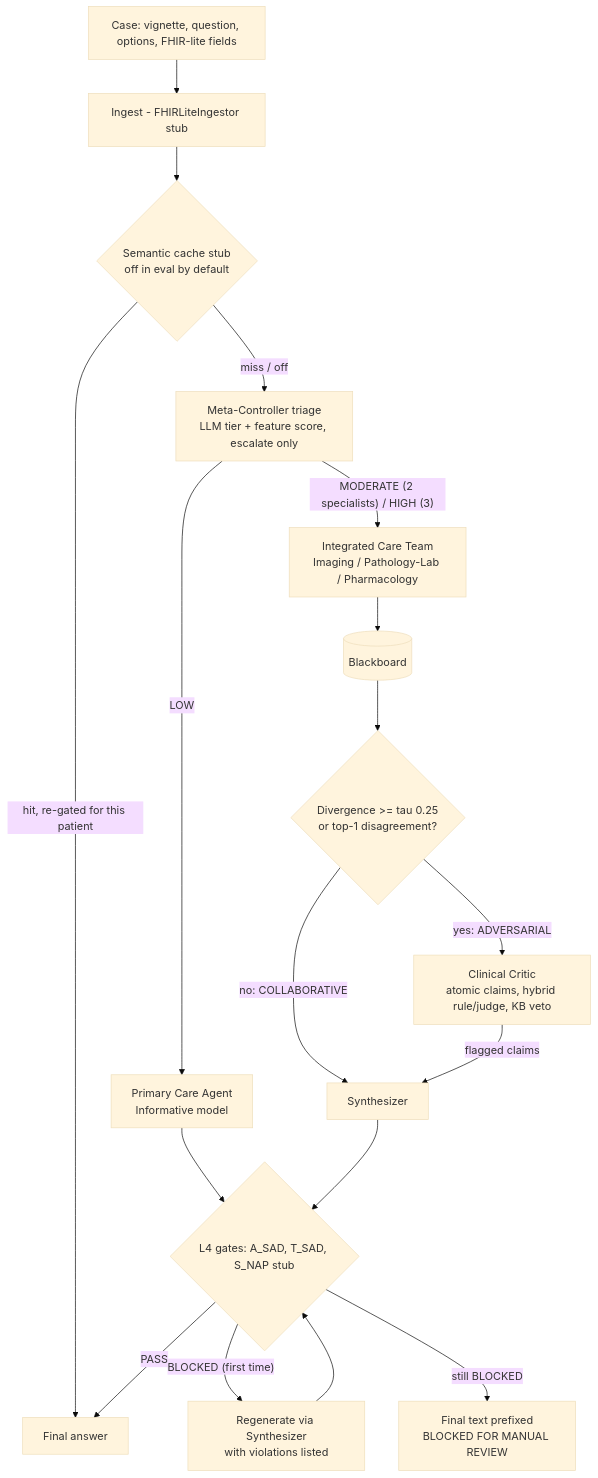
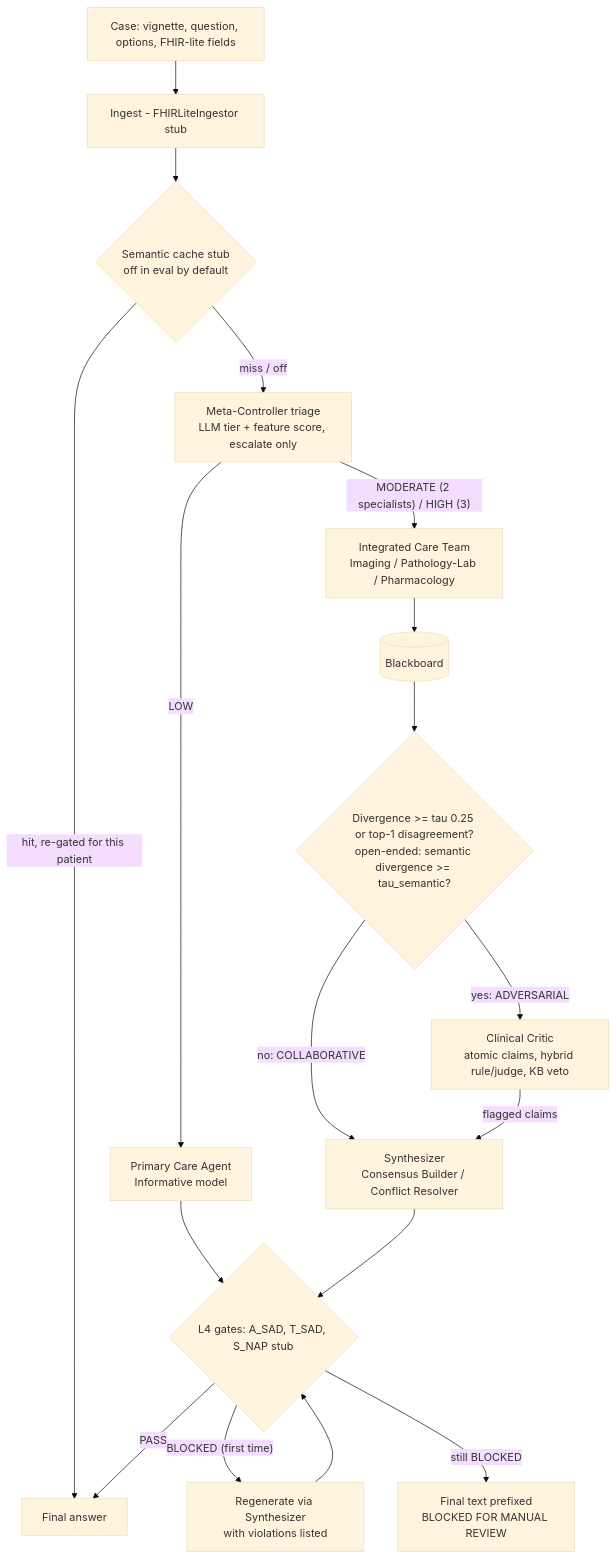
Before and after one commit to LaansDole/multi-agent-simulation: the diagram in docs/dynaclinic/README.md, drawn with Mermaid (base theme). The commit also changed other lines of this file and 2 other files, not shown here.

Commit message:
docs(dynaclinic): open-ended scenarios and semantic divergence

````diff
--- a/docs/dynaclinic/README.md
+++ b/docs/dynaclinic/README.md
@@ -37,20 +37,20 @@
 ```mermaid
 flowchart TD
     IN[Case: vignette, question, options, FHIR-lite fields] --> ING[Ingest - FHIRLiteIngestor stub]
     ING --> CACHE{Semantic cache stub<br/>off in eval by default}
     CACHE -- hit, re-gated for this patient --> OUT[Final answer]
     CACHE -- miss / off --> TRI[Meta-Controller triage<br/>LLM tier + feature score, escalate only]
     TRI -- LOW --> PCA[Primary Care Agent<br/>Informative model]
     TRI -- "MODERATE (2 specialists) / HIGH (3)" --> TEAM[Integrated Care Team<br/>Imaging / Pathology-Lab / Pharmacology]
     TEAM --> BB[(Blackboard)]
-    BB --> DIV{Divergence >= tau 0.25<br/>or top-1 disagreement?}
-    DIV -- no: COLLABORATIVE --> SYN[Synthesizer]
+    BB --> DIV{"Divergence >= tau 0.25 or top-1 disagreement?<br/>open-ended: semantic divergence >= tau_semantic?"}
+    DIV -- no: COLLABORATIVE --> SYN[Synthesizer<br/>Consensus Builder / Conflict Resolver]
     DIV -- yes: ADVERSARIAL --> CRIT[Clinical Critic<br/>atomic claims, hybrid rule/judge, KB veto]
     CRIT -- flagged claims --> SYN
     PCA --> GATE{L4 gates: A_SAD, T_SAD, S_NAP stub}
     SYN --> GATE
     GATE -- PASS --> OUT
     GATE -- "BLOCKED (first time)" --> REGEN[Regenerate via Synthesizer<br/>with violations listed]
     REGEN --> GATE
     GATE -- still BLOCKED --> MANUAL[Final text prefixed<br/>BLOCKED FOR MANUAL REVIEW]
 ```
````
